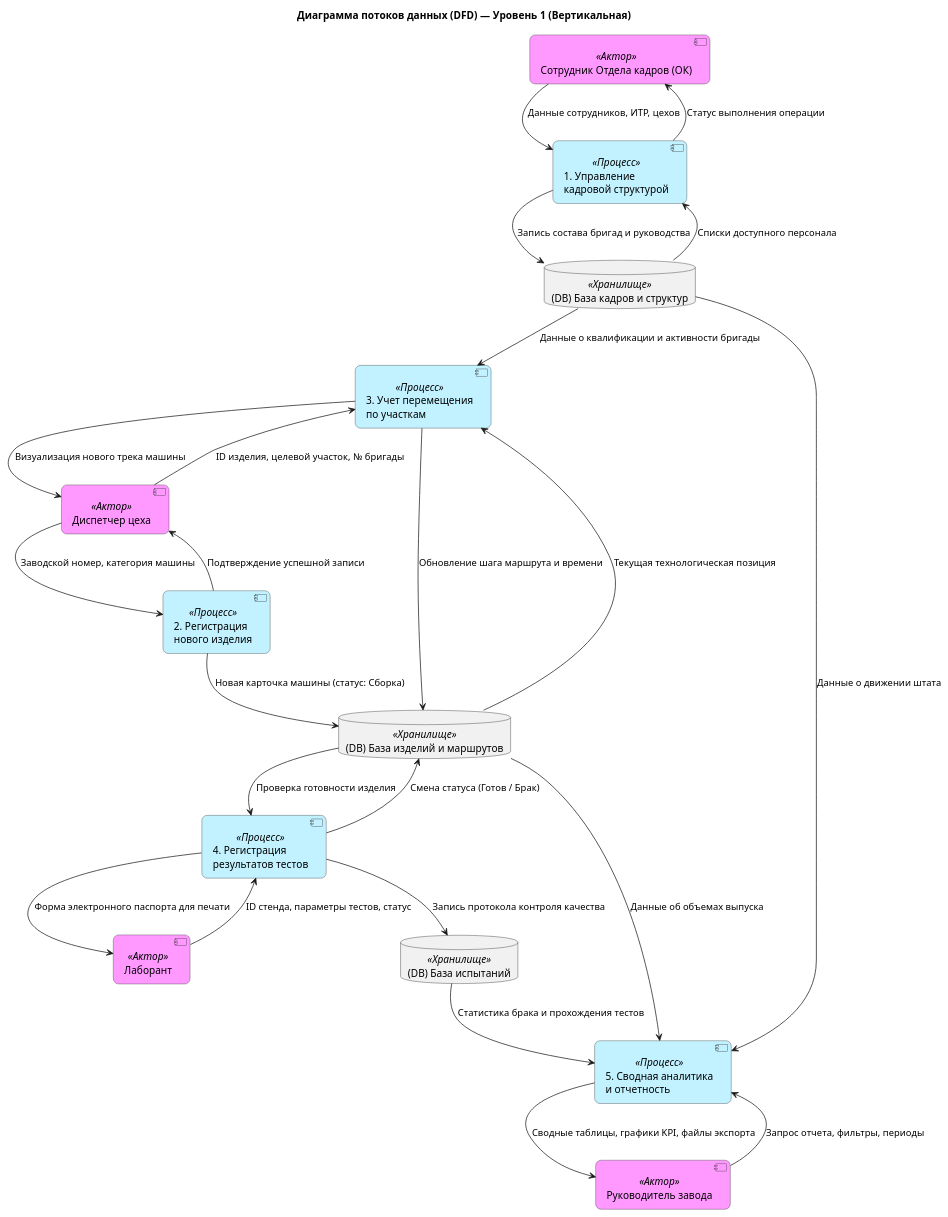
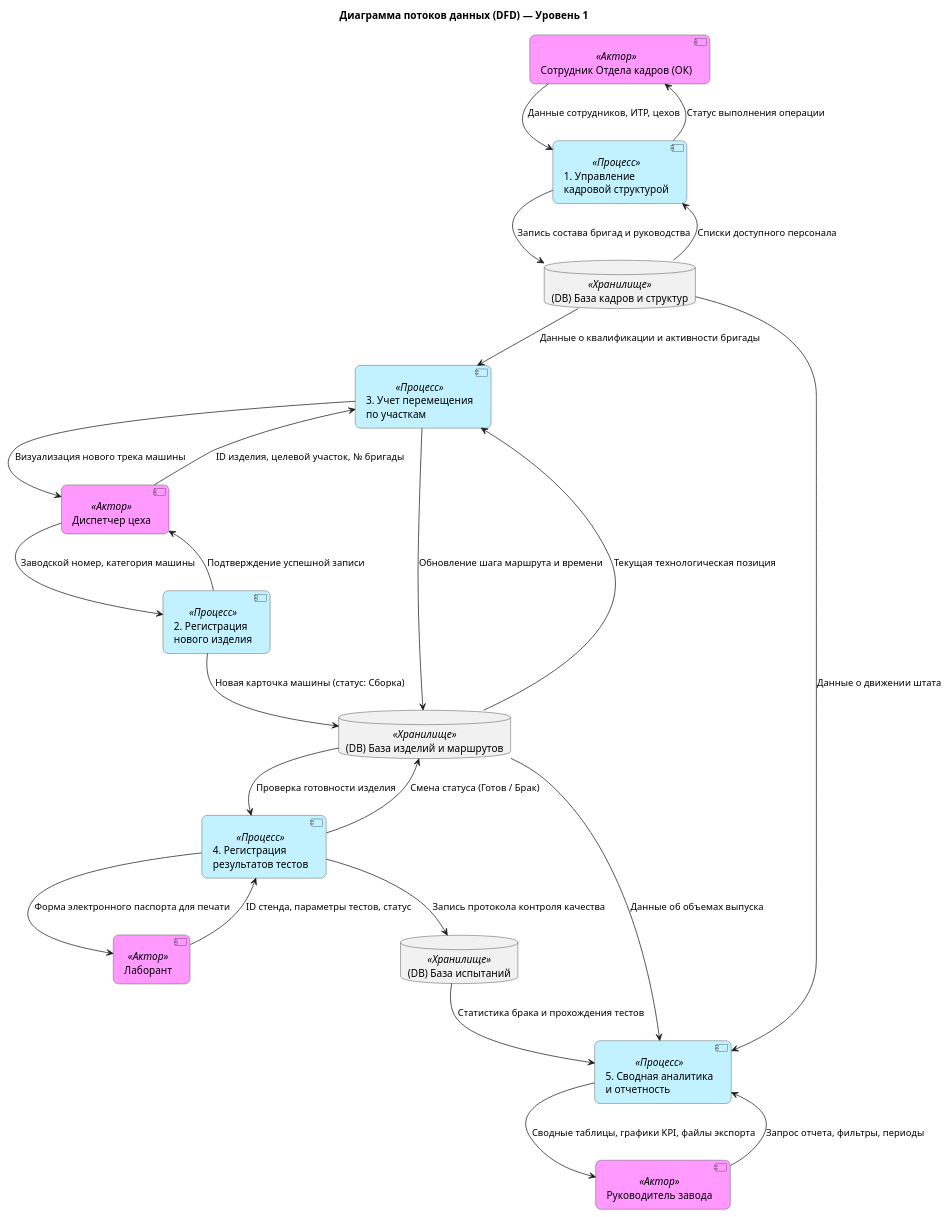
The diagram in Project_KozhedubPP/docs/dfd.md (PolinaKozhedub/Software-requirements-analysis), drawn with PlantUML before and after one commit.

```diff
--- a/Project_KozhedubPP/docs/dfd.md
+++ b/Project_KozhedubPP/docs/dfd.md
@@ -1,65 +1,64 @@
 @startuml
-title Диаграмма потоков данных (DFD) — Уровень 1 (Вертикальная)
+title Диаграмма потоков данных (DFD) — Уровень 1 
 
-' Направление сверху вниз (по умолчанию для PlantUML)
 top to bottom direction
 
-' Настройка стилей для соответствия типам DFD
+' Настройка стилей
 skinparam Component {
     BackgroundColor<<Актор>> #f9f
     BackgroundColor<<Процесс>> #c2f1ff
     BackgroundColor<<Хранилище>> #fff7c2
     BorderColor #333
     RoundCorner 15
 }
 
 ' Внешние сущности (Акторы)
 component "Сотрудник Отдела кадров (ОК)" as HR <<Актор>>
 component "Диспетчер цеха" as Disp <<Актор>>
 component "Лаборант" as Lab <<Актор>>
 component "Руководитель завода" as Dir <<Актор>>
 
 ' Процессы (Функции системы)
 component "1. Управление\nкадровой структурой" as P1 <<Процесс>>
 component "2. Регистрация\nнового изделия" as P2 <<Процесс>>
 component "3. Учет перемещения\nпо участкам" as P3 <<Процесс>>
 component "4. Регистрация\nрезультатов тестов" as P4 <<Процесс>>
 component "5. Сводная аналитика\nи отчетность" as P5 <<Процесс>>
 
 ' Накопители данных (Базы данных / Таблицы)
 database "(DB) База кадров и структур" as DB_Staff <<Хранилище>>
 database "(DB) База изделий и маршрутов" as DB_Products <<Хранилище>>
 database "(DB) База испытаний" as DB_Tests <<Хранилище>>
 
 ' Потоки данных для Процесса 1 (Кадры)
 HR --> P1 : Данные сотрудников, ИТР, цехов
 P1 --> DB_Staff : Запись состава бригад и руководства
 DB_Staff --> P1 : Списки доступного персонала
 P1 --> HR : Статус выполнения операции
 
 ' Потоки данных для Процесса 2 (Регистрация продукции)
 Disp --> P2 : Заводской номер, категория машины
 P2 --> DB_Products : Новая карточка машины (статус: Сборка)
 P2 --> Disp : Подтверждение успешной записи
 
 ' Потоки данных для Процесса 3 (Движение по цеху)
 Disp --> P3 : ID изделия, целевой участок, № бригады
 DB_Staff --> P3 : Данные о квалификации и активности бригады
 DB_Products --> P3 : Текущая технологическая позиция
 P3 --> DB_Products : Обновление шага маршрута и времени
 P3 --> Disp : Визуализация нового трека машины
 
 ' Потоки данных для Процесса 4 (Испытания в лаборатории)
 Lab --> P4 : ID стенда, параметры тестов, статус
 DB_Products --> P4 : Проверка готовности изделия
 P4 --> DB_Tests : Запись протокола контроля качества
 P4 --> DB_Products : Смена статуса (Готов / Брак)
 P4 --> Lab : Форма электронного паспорта для печати
 
 ' Потоки данных для Процесса 5 (Аналитика для руководства)
 Dir --> P5 : Запрос отчета, фильтры, периоды
 DB_Staff --> P5 : Данные о движении штата
 DB_Products --> P5 : Данные об объемах выпуска
 DB_Tests --> P5 : Статистика брака и прохождения тестов
 P5 --> Dir : Сводные таблицы, графики KPI, файлы экспорта
 @enduml
```
